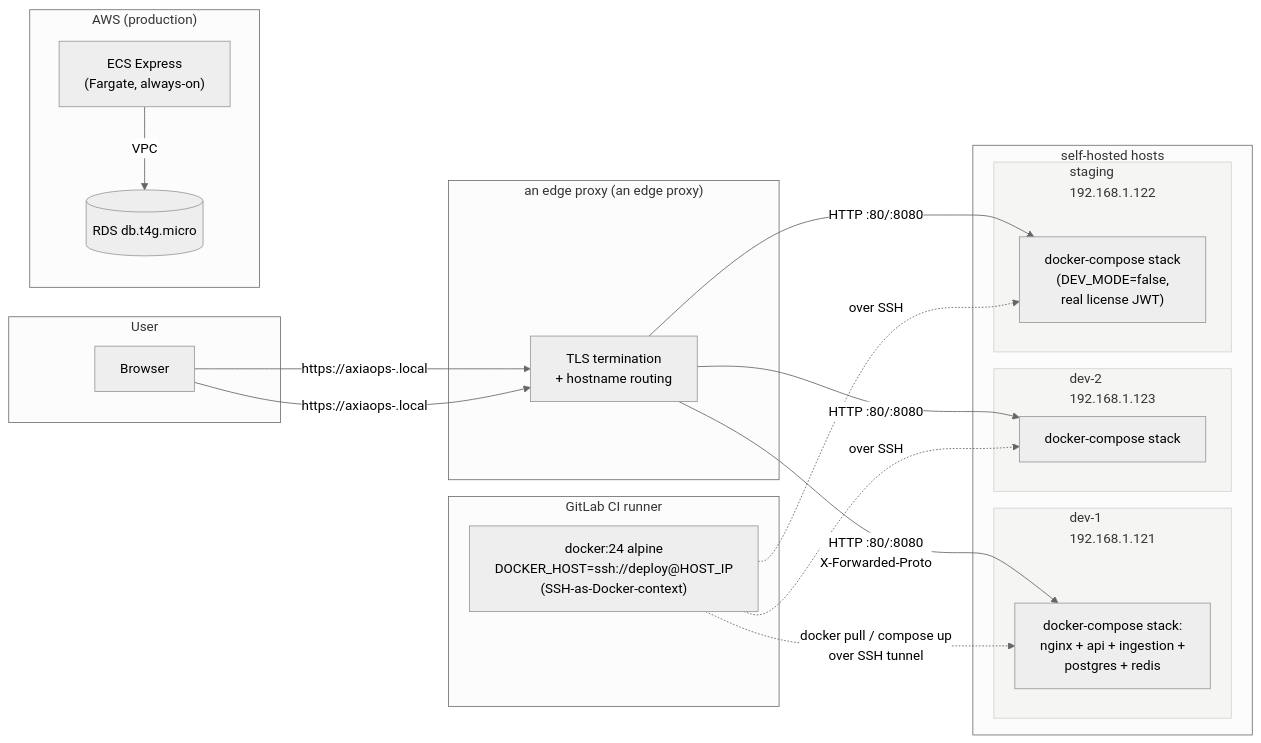
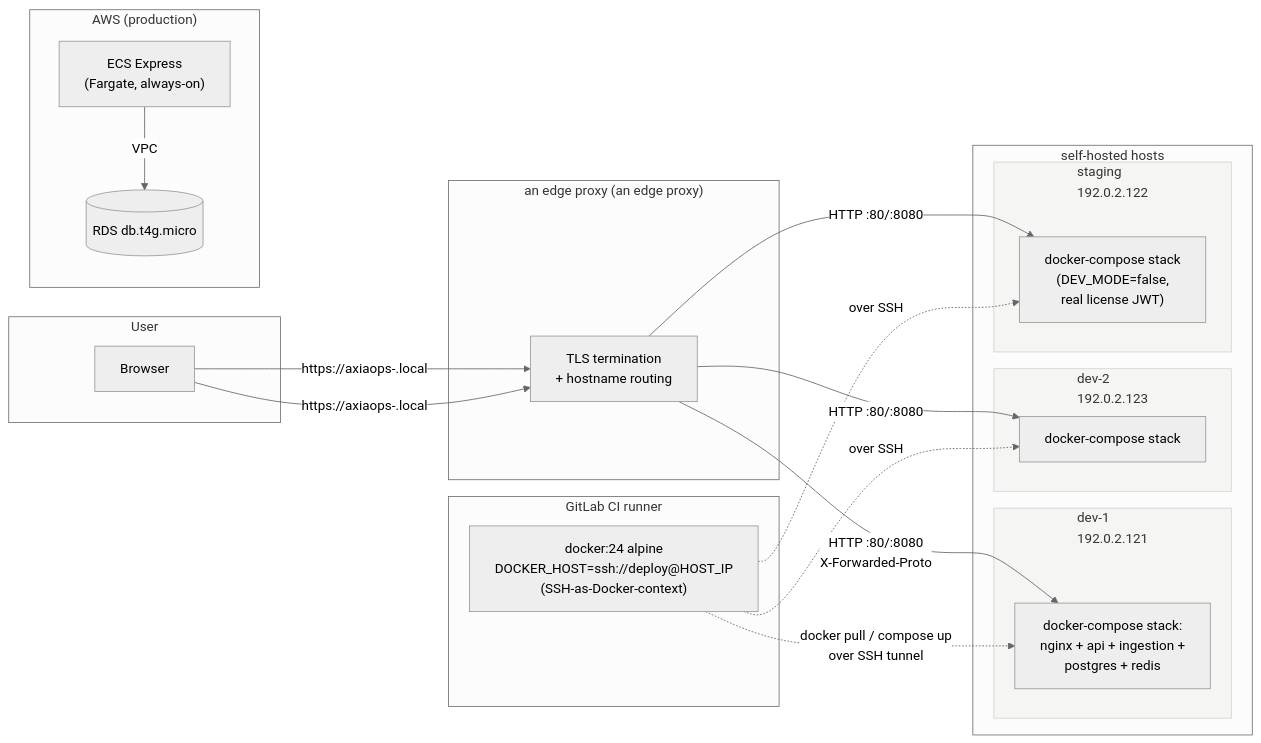
The third of 8 diagrams in docs/ARCHITECTURE.md (ahmd-soliman/axiaops), drawn with Mermaid (neutral theme) before and after one commit. The commit also changed 8 other files, not shown here.

````diff
--- a/docs/ARCHITECTURE.md
+++ b/docs/ARCHITECTURE.md
@@ -161,44 +161,44 @@
 ```mermaid
 flowchart LR
     subgraph user_browser["User"]
         ub["Browser"]
     end
 
     subgraph npm_layer["an edge proxy (an edge proxy)"]
         npm["TLS termination<br/>+ hostname routing"]
     end
 
     subgraph hosts["self-hosted hosts"]
-        subgraph d1["dev-1<br/>192.168.1.121"]
+        subgraph d1["dev-1<br/>192.0.2.121"]
             d1stack["docker-compose stack:<br/>nginx + api + ingestion +<br/>postgres + redis"]
         end
-        subgraph d2["dev-2<br/>192.168.1.123"]
+        subgraph d2["dev-2<br/>192.0.2.123"]
             d2stack["docker-compose stack"]
         end
-        subgraph stg["staging<br/>192.168.1.122"]
+        subgraph stg["staging<br/>192.0.2.122"]
             stgstack["docker-compose stack<br/>(DEV_MODE=false,<br/>real license JWT)"]
         end
     end
 
     subgraph ci["GitLab CI runner"]
         runner["docker:24 alpine<br/>DOCKER_HOST=ssh://deploy@HOST_IP<br/>(SSH-as-Docker-context)"]
     end
 
     subgraph aws_prod["AWS (production)"]
         ecs["ECS Express<br/>(Fargate, always-on)"]
         rds[("RDS db.t4g.micro")]
     end
 
     ub -->|"https://axiaops-<env>.local"| npm
     ub -->|"https://axiaops-<env>.local"| npm
     npm -->|HTTP :80/:8080<br/>X-Forwarded-Proto| d1stack
     npm -->|HTTP :80/:8080| d2stack
     npm -->|HTTP :80/:8080| stgstack
     runner -.->|"docker pull / compose up<br/>over SSH tunnel"| d1stack
     runner -.->|over SSH| d2stack
     runner -.->|over SSH| stgstack
     ecs -->|VPC| rds
 
     classDef host fill:#F5F5F4,stroke:#D6D3D1
     class d1,d2,stg host
 ```
````
